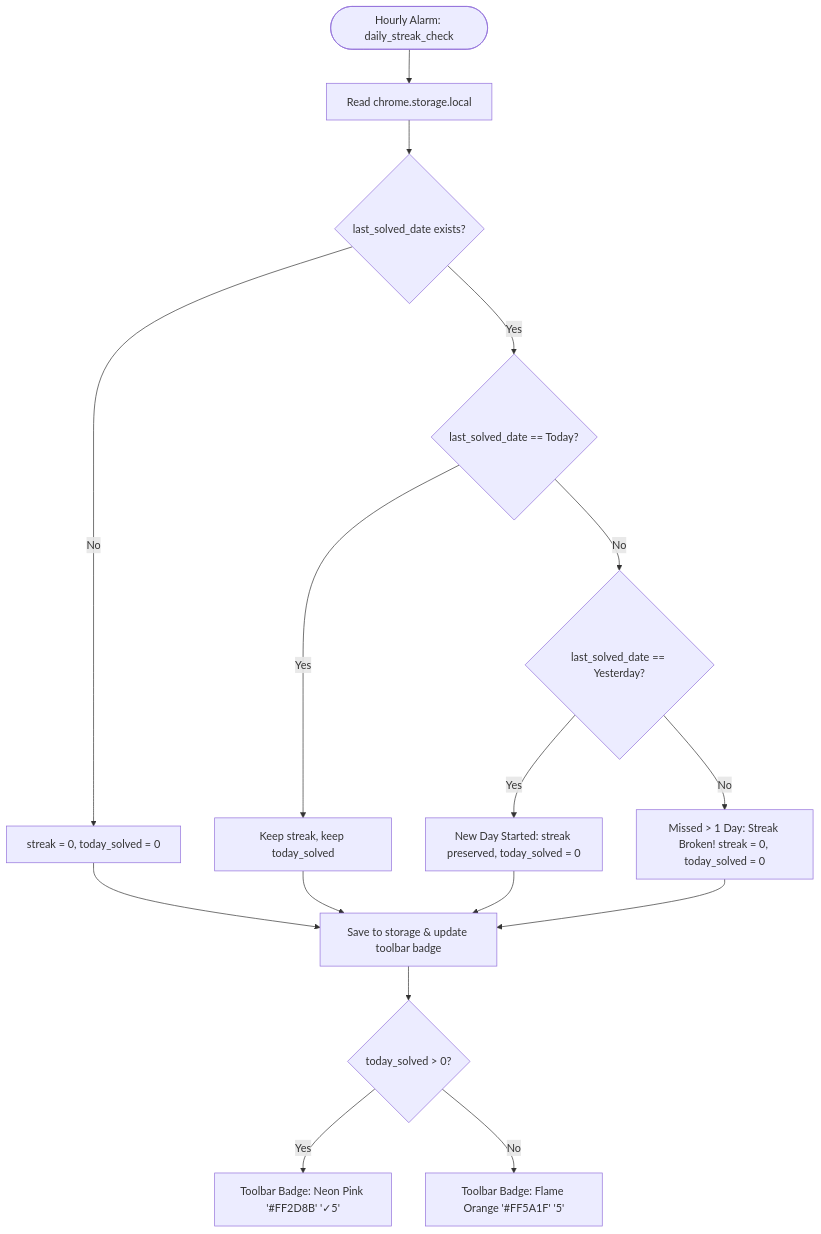
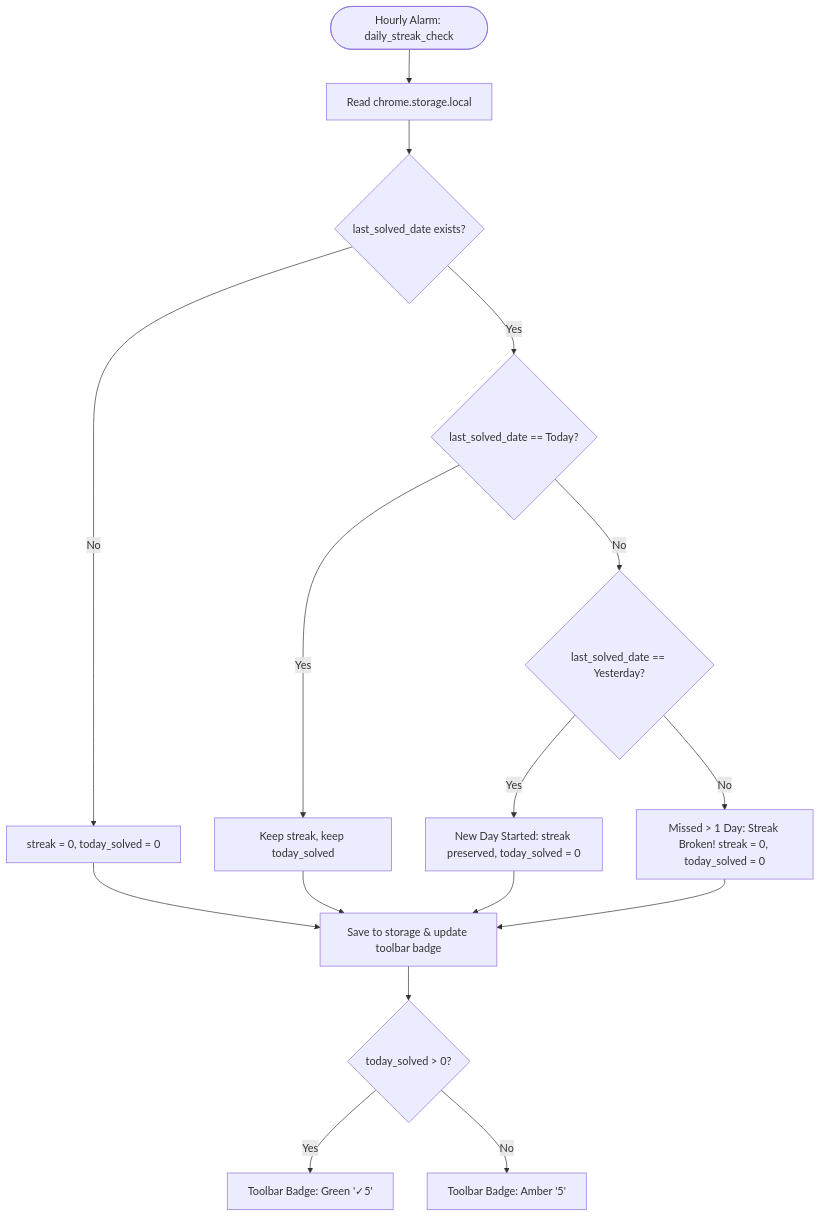
One commit to NINJA981/LeetX changed the sixth of 6 diagrams in PROJECT_ARCHITECTURE.md. Above: the diagram before and after it, drawn with Mermaid. The commit also changed other lines of this file and 5 other files, not shown here.

````diff
--- a/PROJECT_ARCHITECTURE.md
+++ b/PROJECT_ARCHITECTURE.md
@@ -323,23 +323,23 @@
 ```mermaid
 flowchart TD
     A([Hourly Alarm: daily_streak_check]) --> B[Read chrome.storage.local]
     B --> C{last_solved_date exists?}
     
     C -->|No| D[streak = 0, today_solved = 0]
     C -->|Yes| E{last_solved_date == Today?}
     
     E -->|Yes| F[Keep streak, keep today_solved]
     E -->|No| G{last_solved_date == Yesterday?}
     
     G -->|Yes| H[New Day Started: streak preserved, today_solved = 0]
     G -->|No| I[Missed > 1 Day: Streak Broken! streak = 0, today_solved = 0]
     
     D --> J[Save to storage & update toolbar badge]
     F --> J
     H --> J
     I --> J
     
     J --> K{today_solved > 0?}
-    K -->|Yes| L[Toolbar Badge: Neon Pink '#FF2D8B' '✓5']
-    K -->|No| M[Toolbar Badge: Flame Orange '#FF5A1F' '5']
+    K -->|Yes| L[Toolbar Badge: Green '✓5']
+    K -->|No| M[Toolbar Badge: Amber '5']
 ```
````
